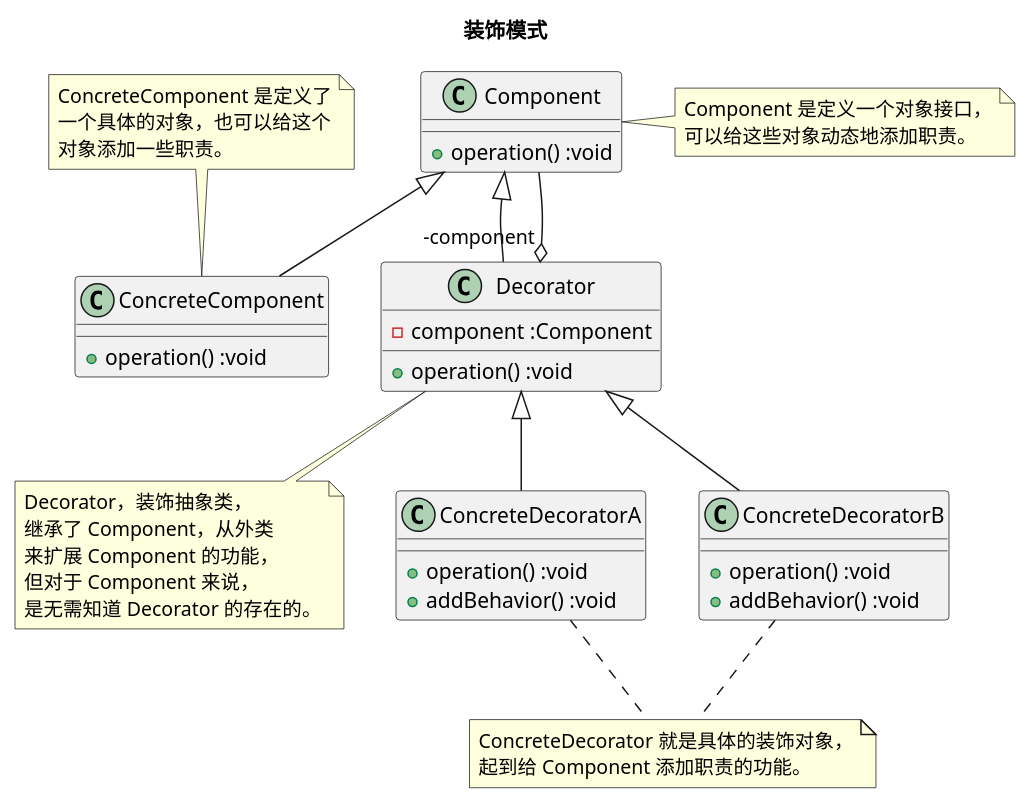
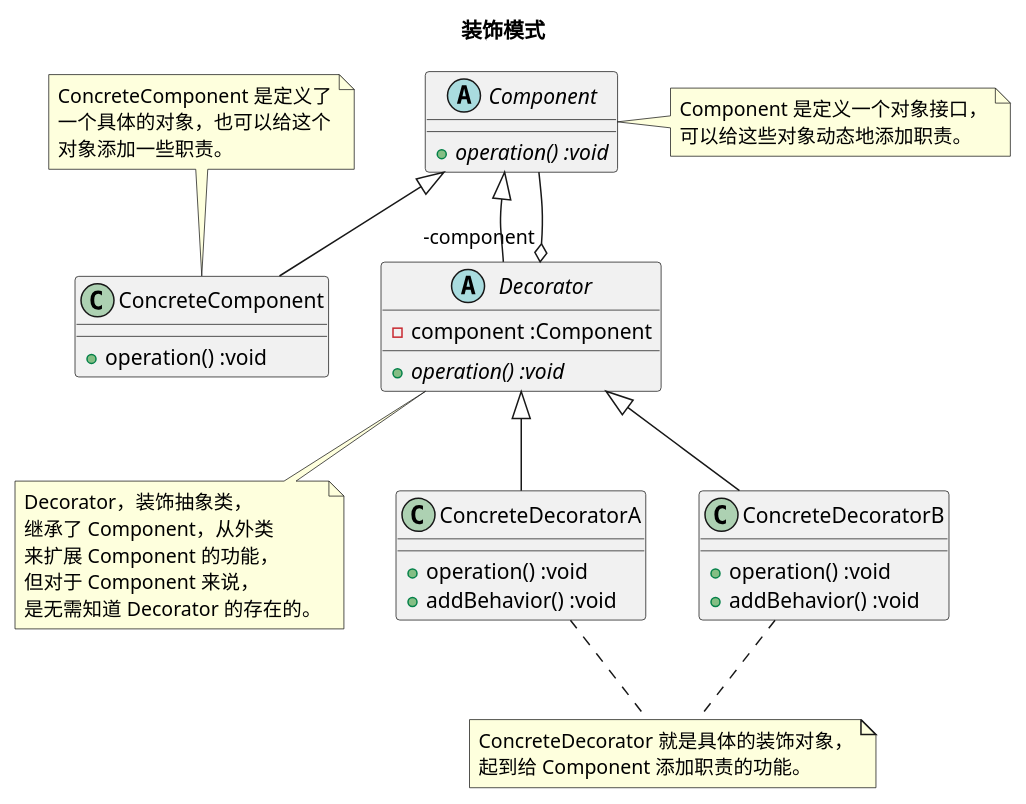
The diagram in puml/decorator.puml (diguage/deep-in-design-patterns), drawn with PlantUML before and after one commit. The commit also changed 3 other files, not shown here.

Commit message:
增加类图

```diff
--- a/puml/decorator.puml
+++ b/puml/decorator.puml
@@ -1,45 +1,45 @@
 @startuml
 
 title 装饰模式
 
-class Component {
-  + operation() :void
+abstract class Component {
+  + {abstract} operation() :void
 }
 note right: Component 是定义一个对象接口，\n可以给这些对象动态地添加职责。
 
 class ConcreteComponent {
   + operation() :void
 }
 note "ConcreteComponent 是定义了\n一个具体的对象，也可以给这个\n对象添加一些职责。" as ccn
 ccn .. ConcreteComponent
 
-class Decorator {
+abstract class Decorator {
   - component :Component
-  + operation() :void
+  + {abstract} operation() :void
 }
 note "Decorator，装饰抽象类，\n继承了 Component，从外类\n来扩展 Component 的功能，\n但对于 Component 来说，\n是无需知道 Decorator 的存在的。" as dn
 Decorator .. dn
 
 class ConcreteDecoratorA {
   + operation() :void
   + addBehavior() :void
 }
 
 class ConcreteDecoratorB {
   + operation() :void
   + addBehavior() :void
 }
 note "ConcreteDecorator 就是具体的装饰对象，\n起到给 Component 添加职责的功能。" as cdn
 'cdn .. ConcreteDecoratorA
 'cdn .. ConcreteDecoratorB
 ConcreteDecoratorA .. cdn
 ConcreteDecoratorB .. cdn
 
 Decorator "-component" o-- Component
 
 Component <|-- ConcreteComponent
 Component <|-- Decorator
 Decorator <|-- ConcreteDecoratorA
 Decorator <|-- ConcreteDecoratorB
 
 @enduml
```
